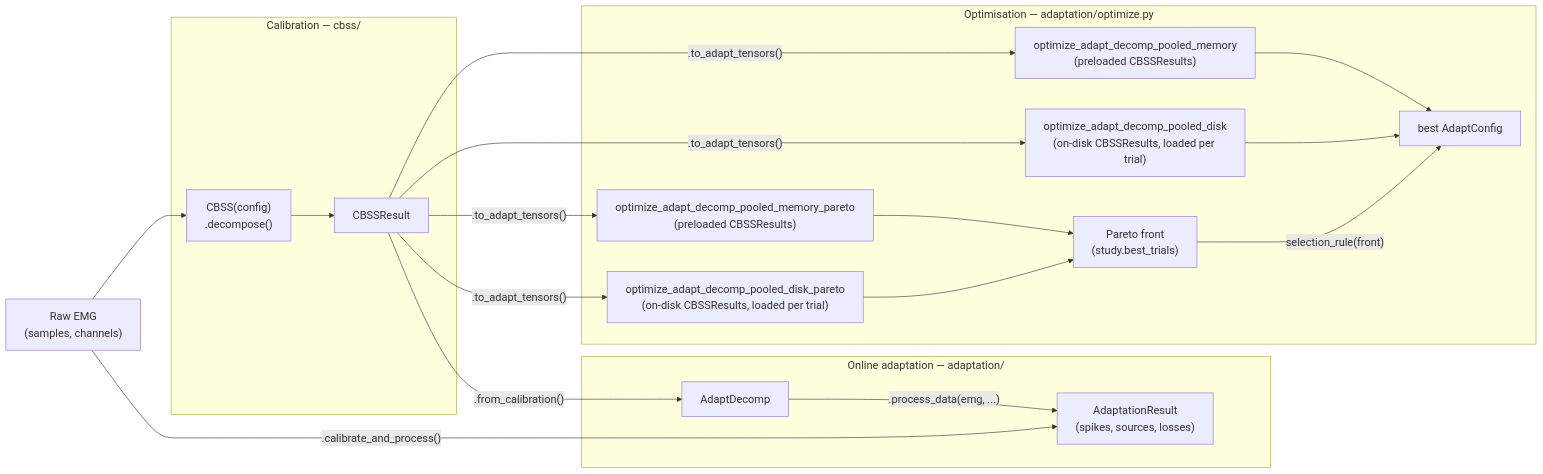
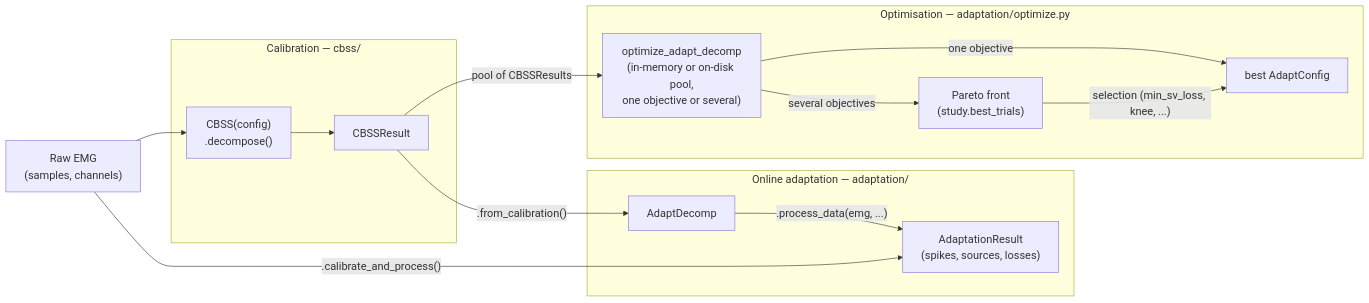
The diagram in README.md (imendezguerra/adapt_decomp), drawn with Mermaid before and after one commit. The commit also changed 22 other files, not shown here.

````diff
--- a/README.md
+++ b/README.md
@@ -10,40 +10,31 @@
 ```mermaid
 %%{init: {'themeVariables': {'fontSize': '18px'}}}%%
 flowchart LR
     EMG["Raw EMG\n(samples, channels)"]
 
     subgraph CAL["Calibration — cbss/"]
         CBSSC["CBSS(config)\n.decompose()"]
         RES["CBSSResult"]
         CBSSC --> RES
     end
 
     subgraph ADAPT["Online adaptation — adaptation/"]
         AD["AdaptDecomp"]
         OUT["AdaptationResult\n(spikes, sources, losses)"]
         AD -->|".process_data(emg, ...)"| OUT
     end
 
     subgraph OPT["Optimisation — adaptation/optimize.py"]
-        O1["optimize_adapt_decomp_pooled_memory\n(preloaded CBSSResults)"]
-        O2["optimize_adapt_decomp_pooled_disk\n(on-disk CBSSResults, loaded per trial)"]
+        O["optimize_adapt_decomp\n(in-memory or on-disk pool,\none objective or several)"]
+        FRONT["Pareto front\n(study.best_trials)"]
         BEST["best AdaptConfig"]
-        O1 --> BEST
-        O2 --> BEST
-
-        P1["optimize_adapt_decomp_pooled_memory_pareto\n(preloaded CBSSResults)"]
-        P2["optimize_adapt_decomp_pooled_disk_pareto\n(on-disk CBSSResults, loaded per trial)"]
-        FRONT["Pareto front\n(study.best_trials)"]
-        P1 --> FRONT
-        P2 --> FRONT
-        FRONT -->|"selection_rule(front)"| BEST
+        O -->|"one objective"| BEST
+        O -->|"several objectives"| FRONT
+        FRONT -->|"selection (min_sv_loss, knee, ...)"| BEST
     end
 
     EMG --> CBSSC
     EMG -->|".calibrate_and_process()"| OUT
     RES -->|".from_calibration()"| AD
-    RES -->|".to_adapt_tensors()"| O1
-    RES -->|".to_adapt_tensors()"| O2
-    RES -->|".to_adapt_tensors()"| P1
-    RES -->|".to_adapt_tensors()"| P2
+    RES -->|"pool of CBSSResults"| O
 ```
````
